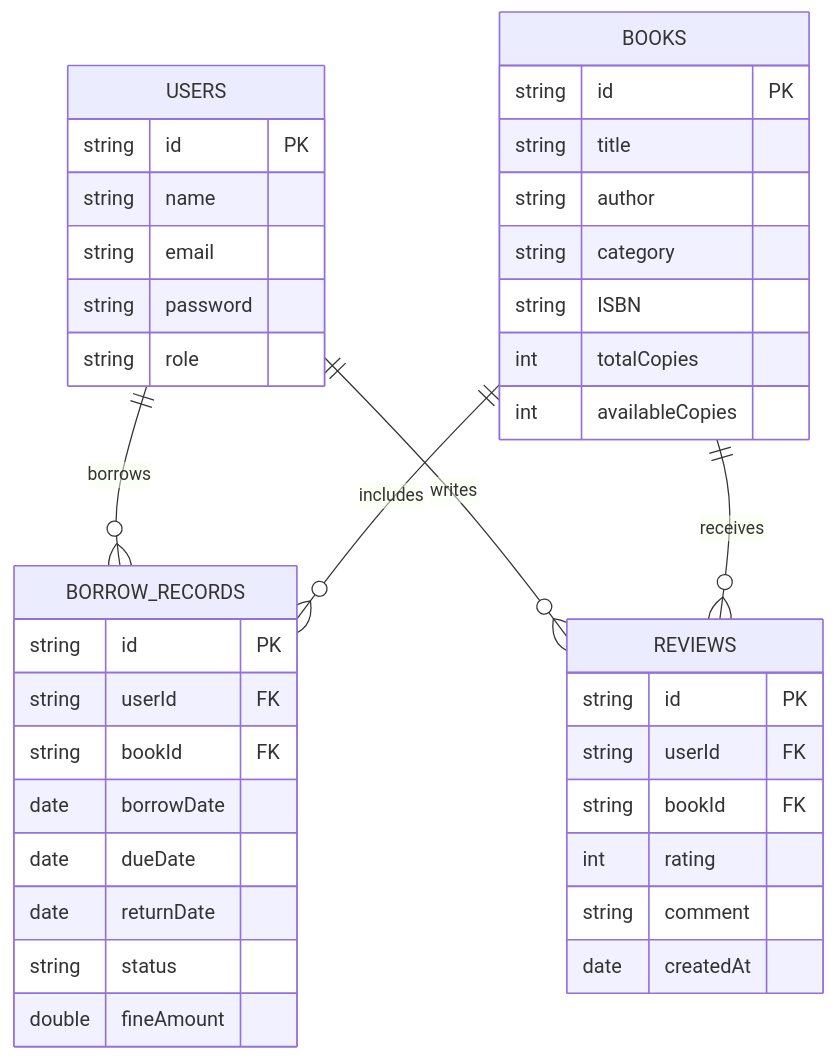
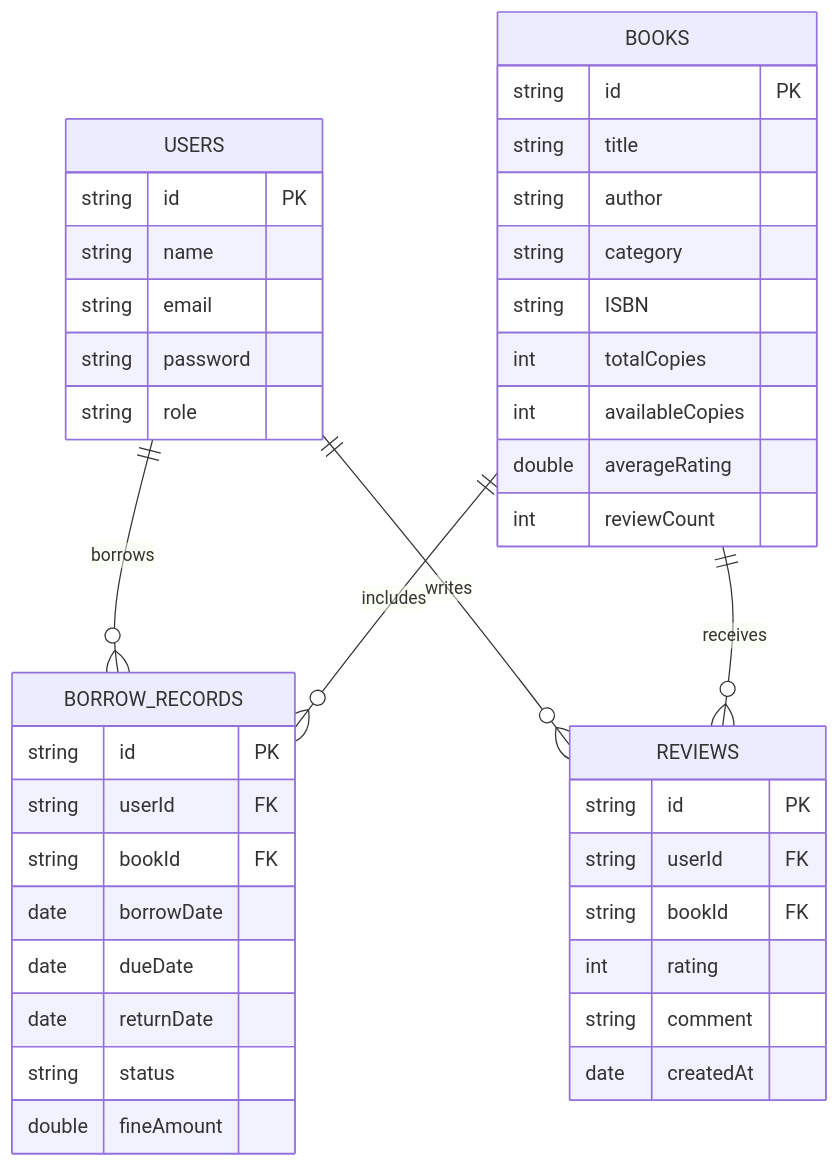
Before and after one commit to taniishq13/LibraLearn: the diagram in ErDiagram.md, drawn with Mermaid. The commit also changed 2 other files, not shown here.

Commit message:
docs: align diagrams and add setup guide

````diff
--- a/ErDiagram.md
+++ b/ErDiagram.md
@@ -3,47 +3,49 @@
 ```mermaid
 erDiagram
 
     USERS {
         string id PK
         string name
         string email
         string password
         string role
     }
 
     BOOKS {
         string id PK
         string title
         string author
         string category
         string ISBN
         int totalCopies
         int availableCopies
+        double averageRating
+        int reviewCount
     }
 
     BORROW_RECORDS {
         string id PK
         string userId FK
         string bookId FK
         date borrowDate
         date dueDate
         date returnDate
         string status
         double fineAmount
     }
 
     REVIEWS {
         string id PK
         string userId FK
         string bookId FK
         int rating
         string comment
         date createdAt
     }
 
     USERS ||--o{ BORROW_RECORDS : borrows
     BOOKS ||--o{ BORROW_RECORDS : includes
 
     USERS ||--o{ REVIEWS : writes
     BOOKS ||--o{ REVIEWS : receives
 ```
````
